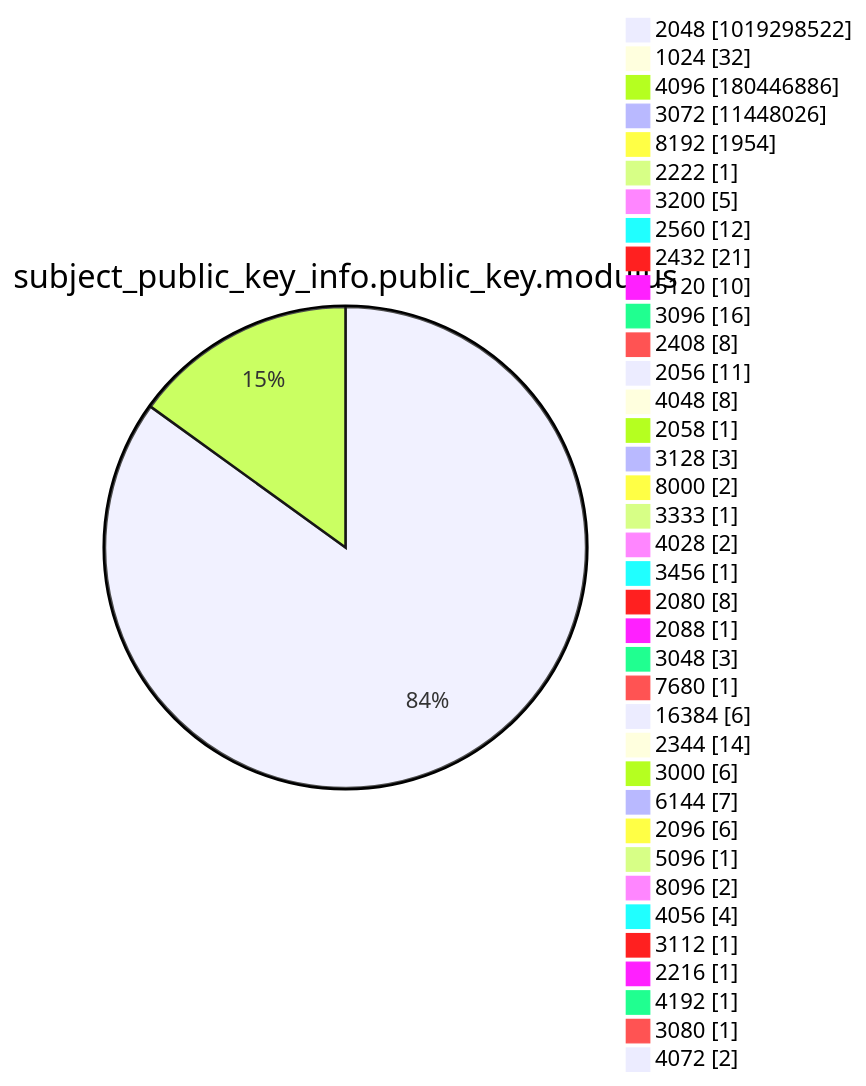
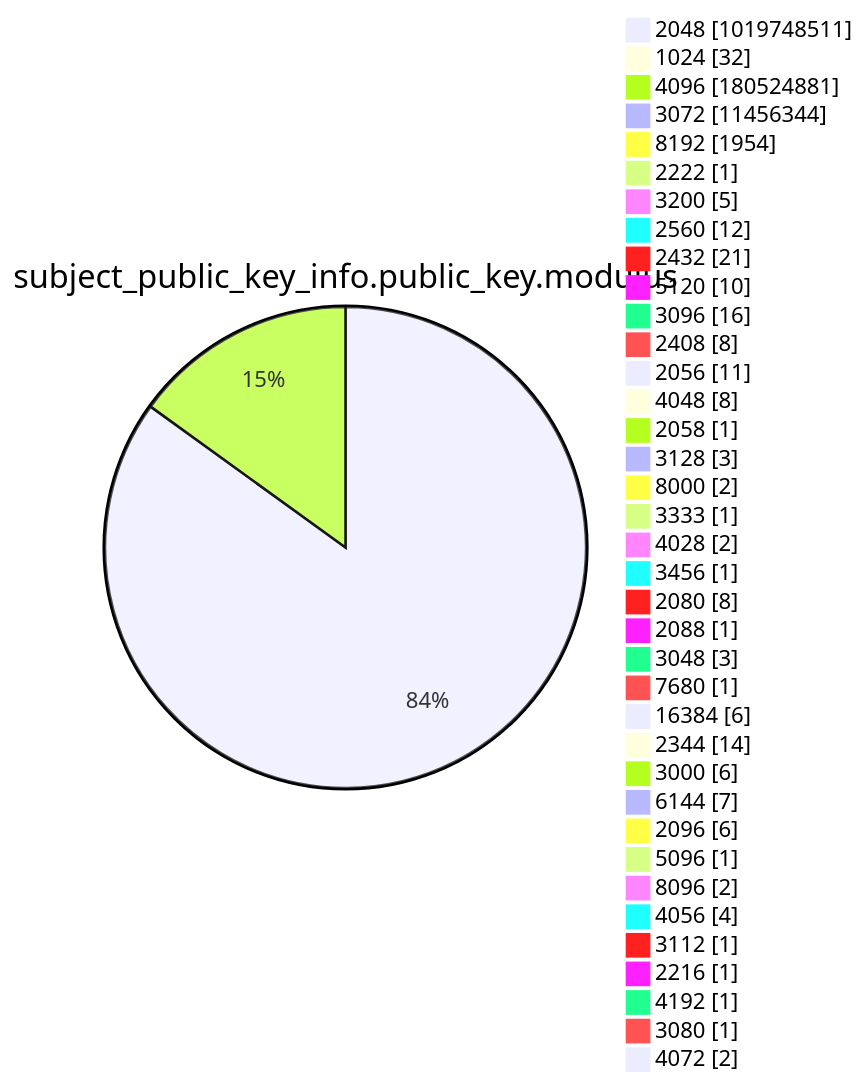
One commit to christiankrug/ctmonitor_visualization changed diagram 13 of 15 in argon2022/README.md. Above: the diagram before and after it, drawn with Mermaid. The commit also changed other lines of this file, not shown here.

````diff
--- a/argon2022/README.md
+++ b/argon2022/README.md
@@ -3588,41 +3588,41 @@
 ```mermaid
 pie showData
 title subject_public_key_info.public_key.modulus
-"2048" :1019298522
+"2048" :1019748511
 "1024" :32
-"4096" :180446886
-"3072" :11448026
+"4096" :180524881
+"3072" :11456344
 "8192" :1954
 "2222" :1
 "3200" :5
 "2560" :12
 "2432" :21
 "5120" :10
 "3096" :16
 "2408" :8
 "2056" :11
 "4048" :8
 "2058" :1
 "3128" :3
 "8000" :2
 "3333" :1
 "4028" :2
 "3456" :1
 "2080" :8
 "2088" :1
 "3048" :3
 "7680" :1
 "16384" :6
 "2344" :14
 "3000" :6
 "6144" :7
 "2096" :6
 "5096" :1
 "8096" :2
 "4056" :4
 "3112" :1
 "2216" :1
 "4192" :1
 "3080" :1
 "4072" :2
 ```
````
